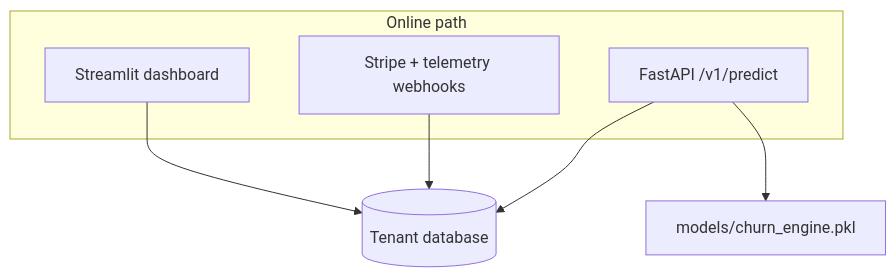
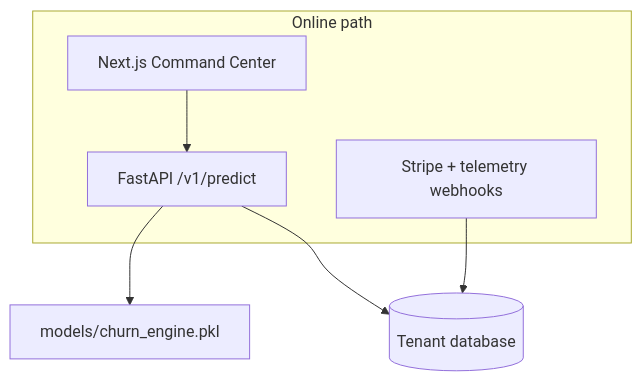
Before and after one commit to kirshanharivelmwork/rev-lifecycle-engine: the fourth of 4 diagrams in README.md, drawn with Mermaid. The commit also changed other lines of this file and 20 other files, not shown here.

Commit message:
feat: complete acquisition UI, backfill settings, and checkout flow

````diff
--- a/README.md
+++ b/README.md
@@ -430,14 +455,14 @@
 ```mermaid
 flowchart TB
     subgraph ops [Online path]
-      UI[Streamlit dashboard]
+      UI[Next.js Command Center]
       API[FastAPI /v1/predict]
       WH[Stripe + telemetry webhooks]
     end
     PKL[models/churn_engine.pkl]
     DB[(Tenant database)]
-    UI --> DB
+    UI --> API
     API --> PKL
     WH --> DB
     API --> DB
 ```
````
